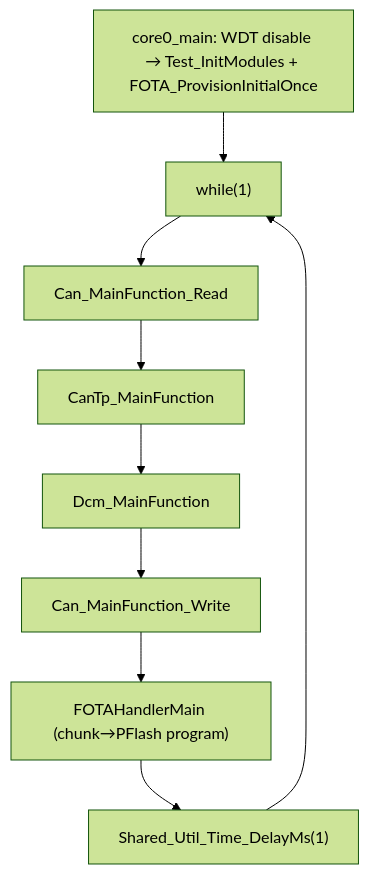
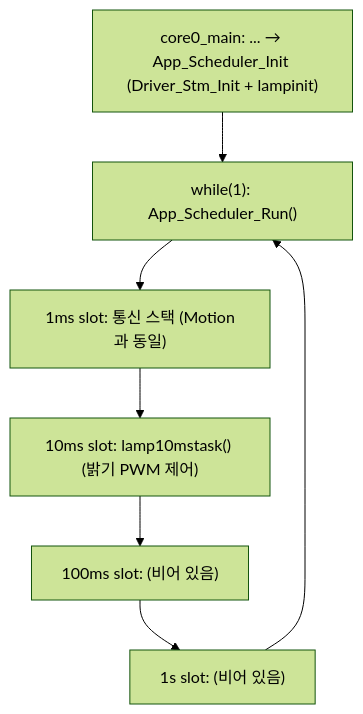
One commit to kdt-fibonacci/fota-reprogramming changed the third of 5 diagrams in docs/19_runtime_main_loops.md. Above: the diagram before and after it, drawn with Mermaid (forest theme). The commit also changed other lines of this file and 5 other files, not shown here.

````diff
--- a/docs/19_runtime_main_loops.md
+++ b/docs/19_runtime_main_loops.md
@@ -40,11 +70,9 @@
 ```mermaid
 flowchart TD
-    I["core0_main: WDT disable → Test_InitModules + FOTA_ProvisionInitialOnce"] --> S["while(1)"]
-    S --> R["Can_MainFunction_Read"]
-    R --> T["CanTp_MainFunction"]
-    T --> D["Dcm_MainFunction"]
-    D --> W["Can_MainFunction_Write"]
-    W --> F["FOTAHandlerMain (chunk→PFlash program)"]
-    F --> DLY["Shared_Util_Time_DelayMs(1)"]
-    DLY --> S
+    I["core0_main: ... → App_Scheduler_Init (Driver_Stm_Init + lampinit)"] --> S["while(1): App_Scheduler_Run()"]
+    S --> R1["1ms slot: 통신 스택 (Motion과 동일)"]
+    R1 --> T10["10ms slot: lamp10mstask() (밝기 PWM 제어)"]
+    T10 --> T100["100ms slot: (비어 있음)"]
+    T100 --> T1s["1s slot: (비어 있음)"]
+    T1s --> S
 ```
````
